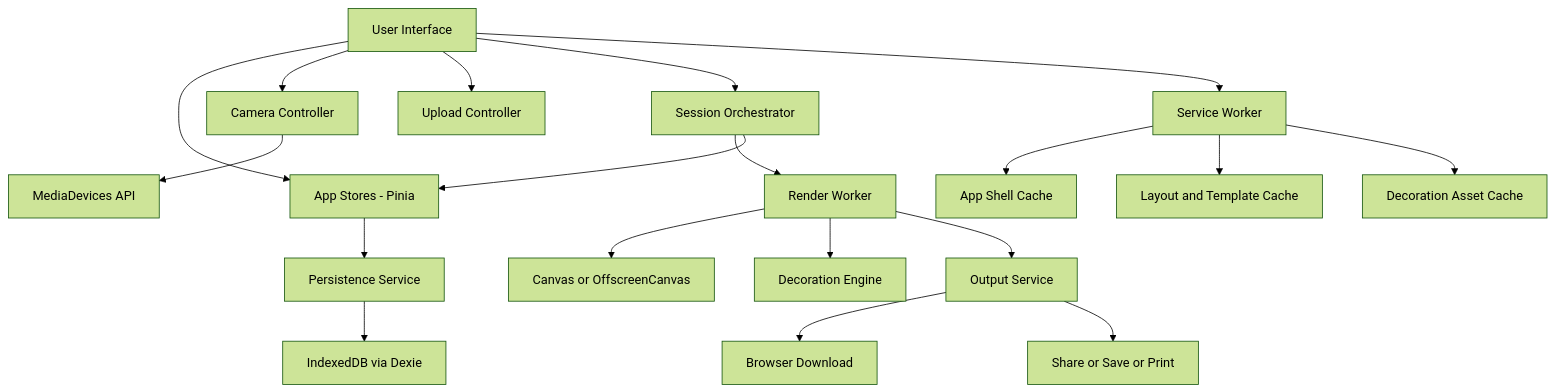
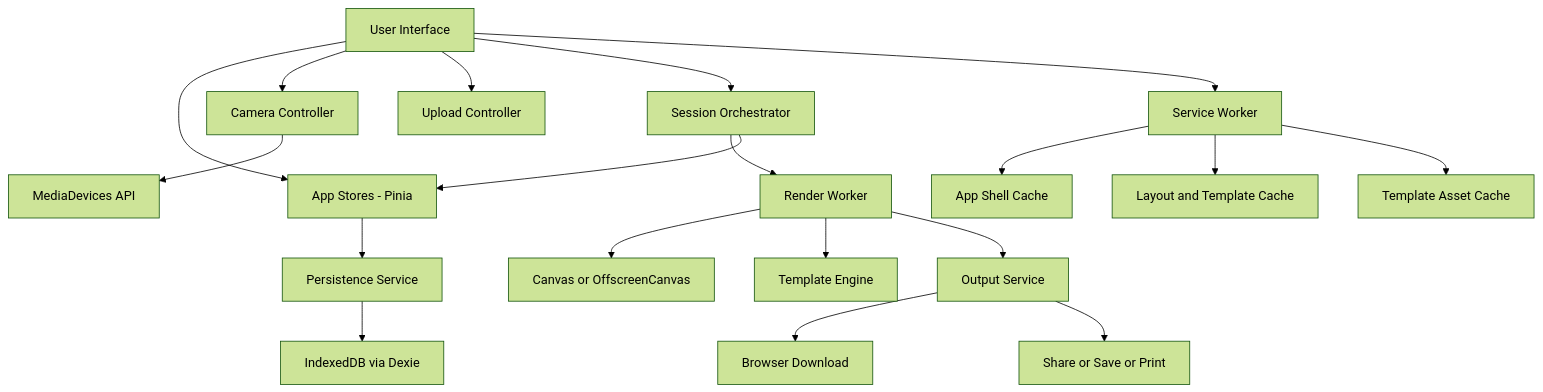
The first of 5 diagrams in docs/stecute-technical-design.md (kungfufafa/SteCute), drawn with Mermaid (forest theme) before and after one commit. The commit also changed other lines of this file and 55 other files, not shown here.

````diff
--- a/docs/stecute-technical-design.md
+++ b/docs/stecute-technical-design.md
@@ -122,21 +123,21 @@
 ```mermaid
 flowchart TD
     A[User Interface] --> B[App Stores - Pinia]
     A --> C[Camera Controller]
     A --> D[Upload Controller]
     C --> E[MediaDevices API]
     A --> F[Session Orchestrator]
     F --> G[Render Worker]
     G --> H[Canvas or OffscreenCanvas]
-    G --> I[Decoration Engine]
+    G --> I[Template Engine]
     F --> B
     G --> J[Output Service]
     J --> K[Browser Download]
     J --> L[Share or Save or Print]
     B --> M[Persistence Service]
     M --> N[IndexedDB via Dexie]
     O[Service Worker] --> P[App Shell Cache]
     O --> Q[Layout and Template Cache]
-    O --> R[Decoration Asset Cache]
+    O --> R[Template Asset Cache]
     A --> O
 ```
````
